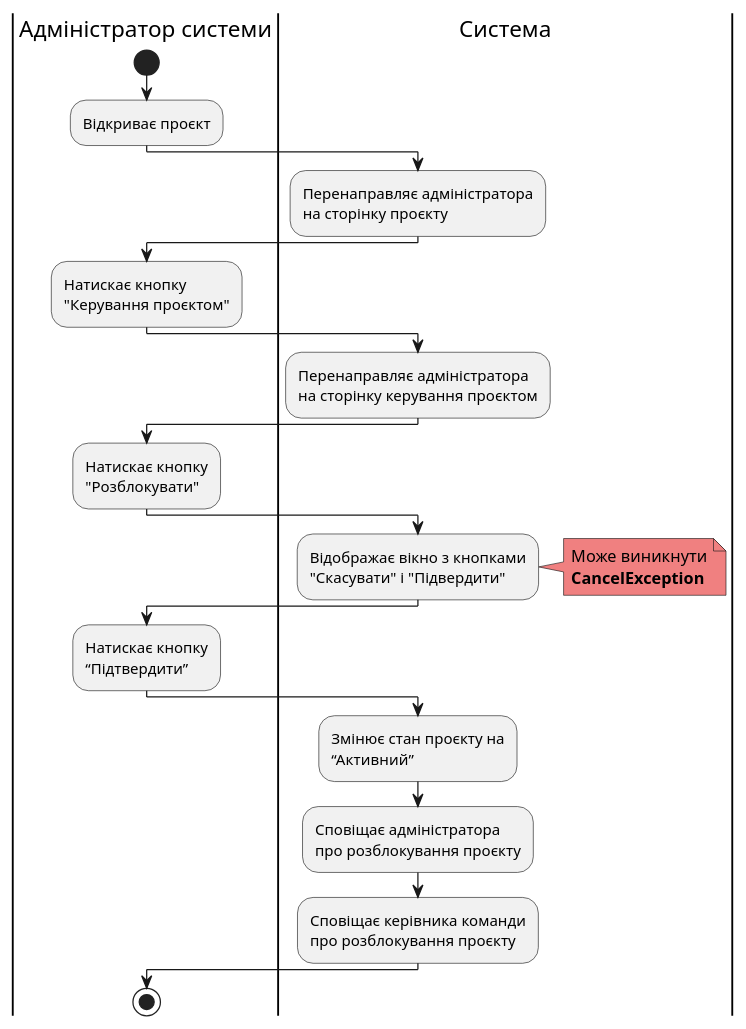
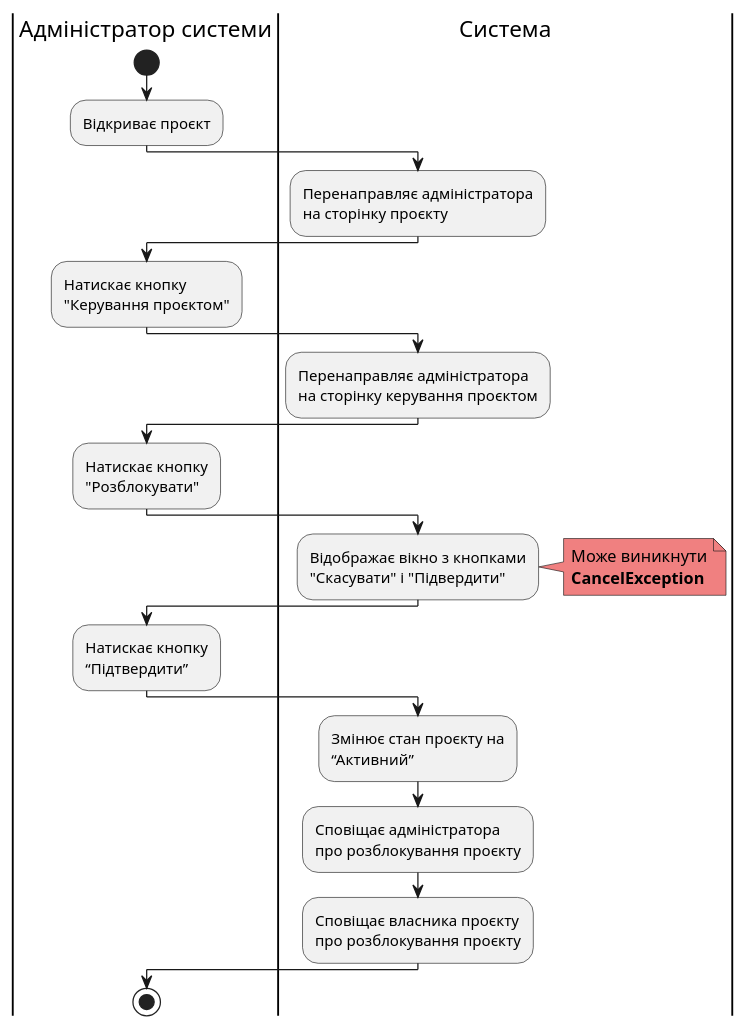
Before and after one commit to samoilenkomariia/db-coursework: diagram 20 of 23 in docs/use cases/README.md, drawn with PlantUML. The commit also changed other lines of this file, not shown here.

```diff
--- a/docs/use cases/README.md
+++ b/docs/use cases/README.md
@@ -881,29 +881,29 @@
 @startuml
 
       |Адміністратор системи|
       start
       :Відкриває проєкт;
       |Система|
       :Перенаправляє адміністратора\nна сторінку проєкту;
       |Адміністратор системи|
       :Натискає кнопку\n"Керування проєктом";
       |Система|
       :Перенаправляє адміністратора\nна сторінку керування проєктом;
       |Адміністратор системи|
       :Натискає кнопку\n"Розблокувати";
       |Система|
       :Відображає вікно з кнопками\n"Скасувати" і "Підвердити";
       note right #lightcoral
         Може виникнути
         <b>CancelException</b>
       end note
       |Адміністратор системи|
       :Натискає кнопку\n“Підтвердити”;
       |Система|
       :Змінює стан проєкту на\n“Активний”;
       :Сповіщає адміністратора\nпро розблокування проєкту;
-      :Сповіщає керівника команди\nпро розблокування проєкту;
+      :Сповіщає власника проєкту\nпро розблокування проєкту;
       |Адміністратор системи|
       stop
 
 @enduml
```
